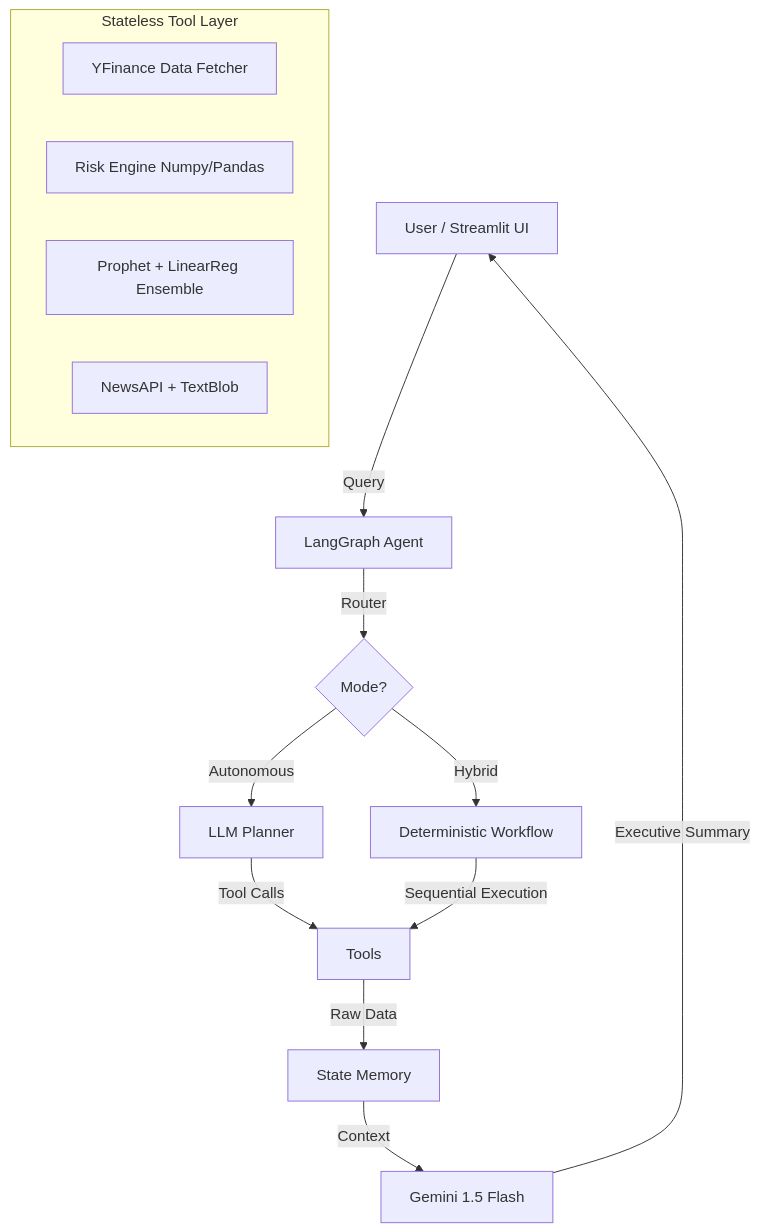
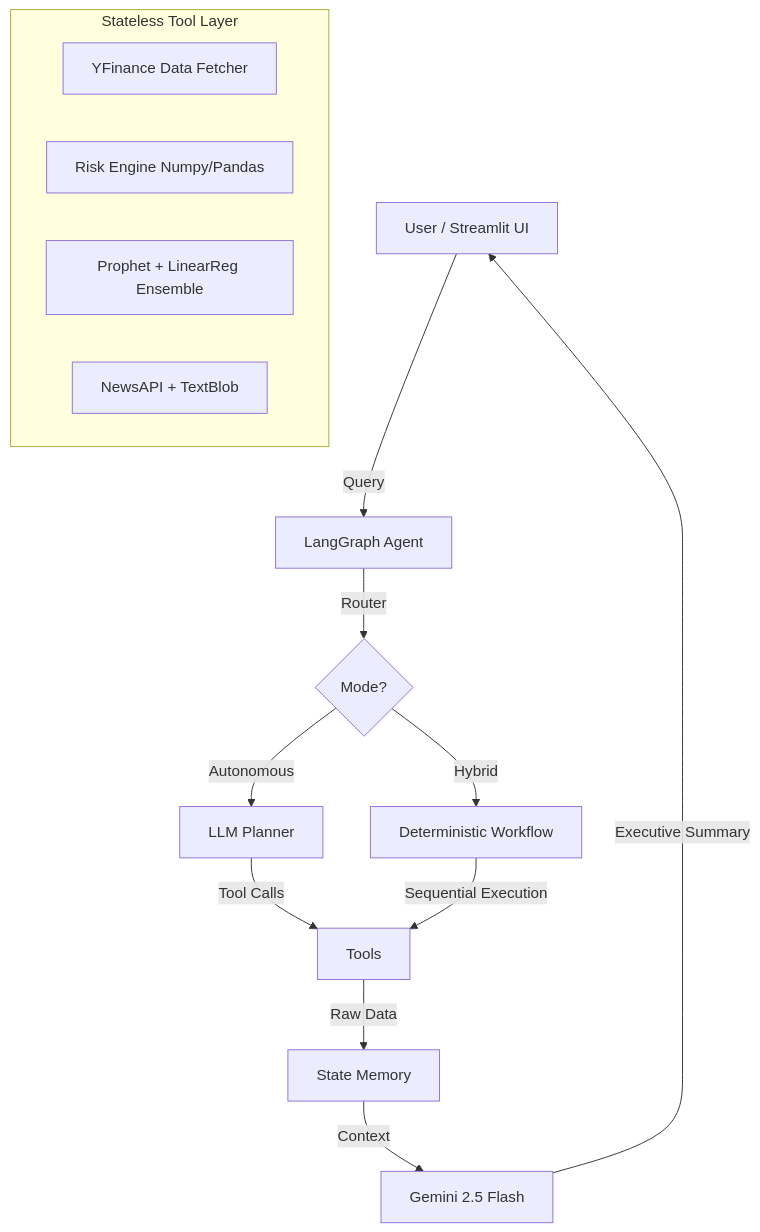
The diagram in README.md (NTRajapaksha/AI-Portfolio-Intelligence-Platform), drawn with Mermaid before and after one commit.

Commit message:
Update LLM version from Gemini 1.5 to 2.5

````diff
--- a/README.md
+++ b/README.md
@@ -90,22 +90,22 @@
 ```mermaid
 graph TD
     User[User / Streamlit UI] -->|Query| Agent[LangGraph Agent]
     Agent -->|Router| Decision{Mode?}
     
     Decision -->|Autonomous| Planner[LLM Planner]
     Decision -->|Hybrid| Workflow[Deterministic Workflow]
     
     Planner -->|Tool Calls| Tools
     Workflow -->|Sequential Execution| Tools
     
     subgraph Tool_Layer [Stateless Tool Layer]
         Fetcher[YFinance Data Fetcher]
         Risk[Risk Engine Numpy/Pandas]
         Forecast[Prophet + LinearReg Ensemble]
         Sentiment[NewsAPI + TextBlob]
     end
     
     Tools -->|Raw Data| Memory[State Memory]
-    Memory -->|Context| LLM[Gemini 1.5 Flash]
+    Memory -->|Context| LLM[Gemini 2.5 Flash]
     LLM -->|Executive Summary| User
 ```
````
